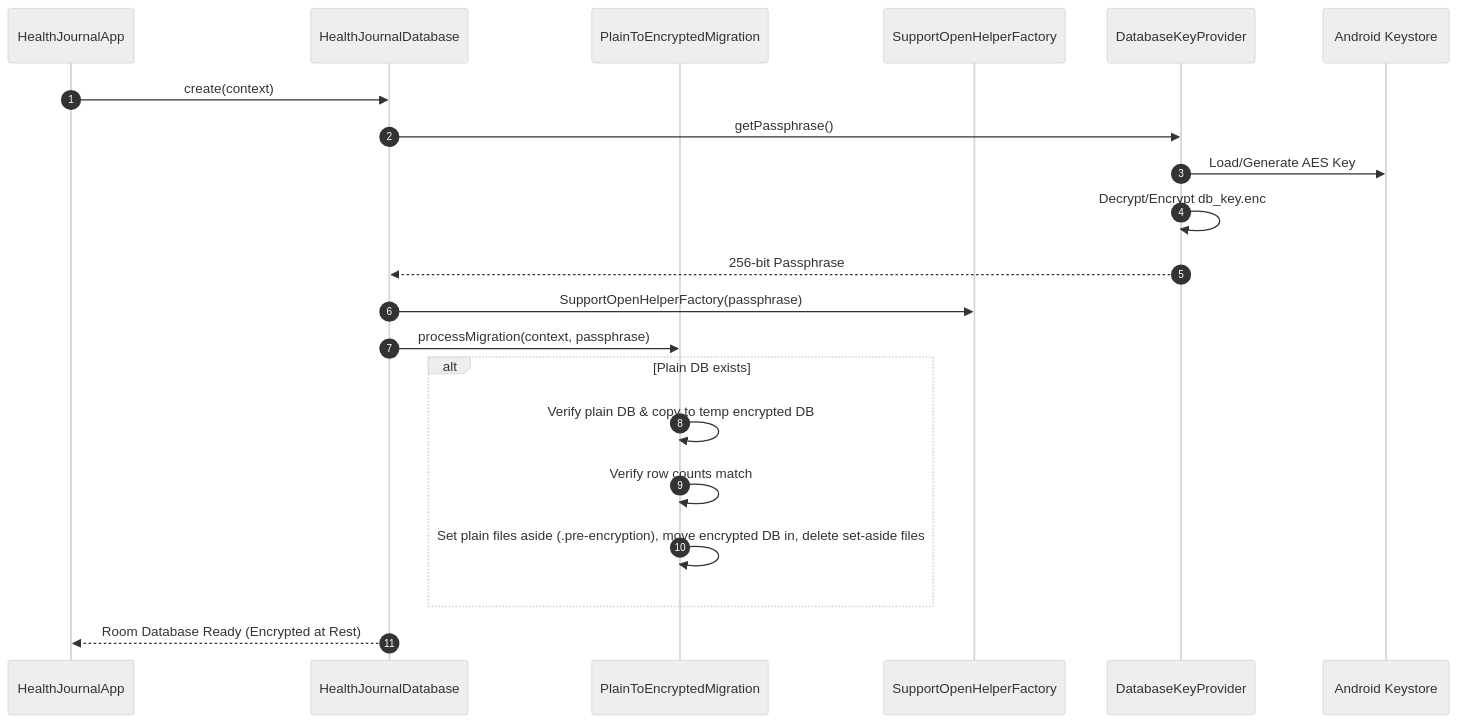
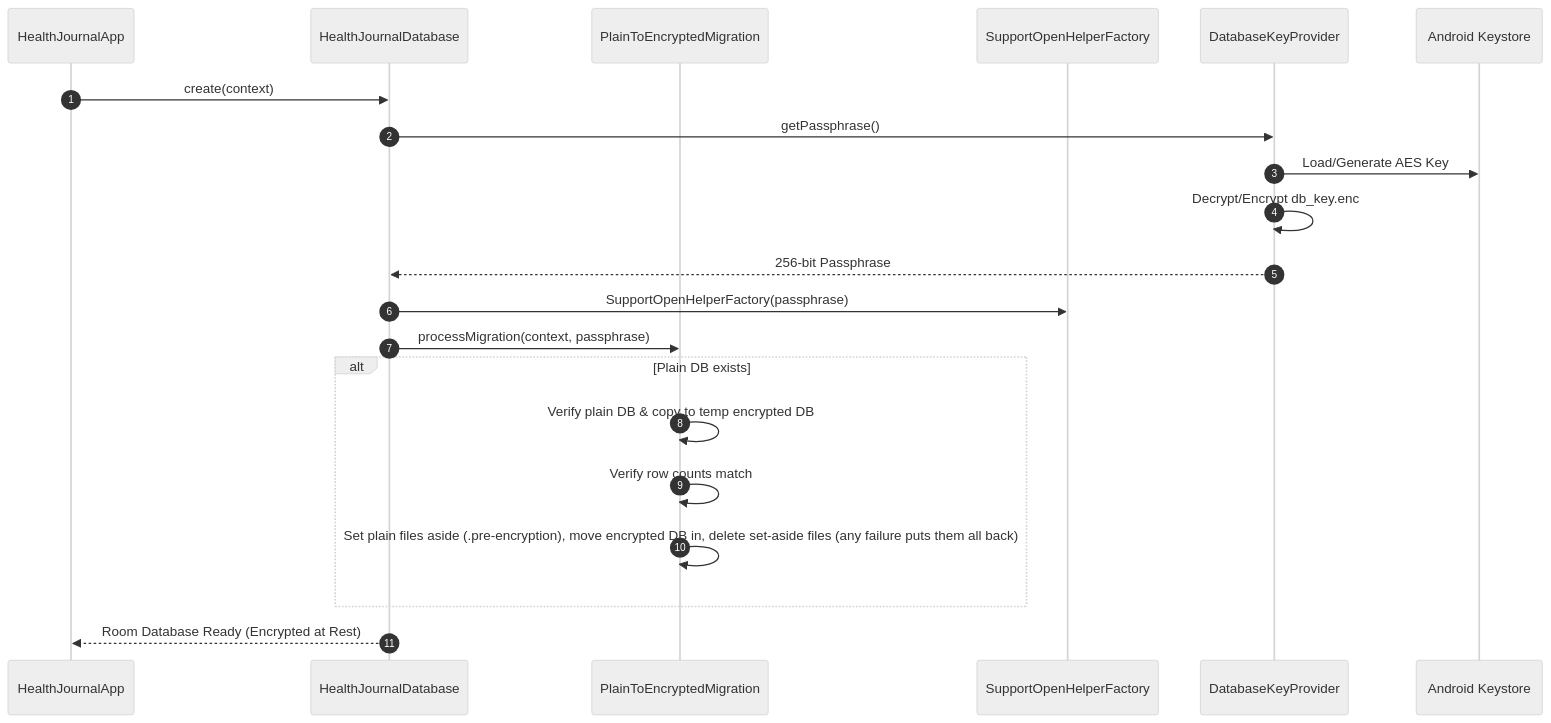
The second of 4 diagrams in docs/dev/privacy-and-security.md (mannetje/health_journal), drawn with Mermaid (neutral theme) before and after one commit. The commit also changed 8 other files, not shown here.

````diff
--- a/docs/dev/privacy-and-security.md
+++ b/docs/dev/privacy-and-security.md
@@ -109,24 +109,24 @@
 ```mermaid
 sequenceDiagram
     autonumber
     participant App as HealthJournalApp
     participant DB as HealthJournalDatabase
     participant Migrator as PlainToEncryptedMigration
     participant Helper as SupportOpenHelperFactory
     participant KeyProv as DatabaseKeyProvider
     participant Keystore as Android Keystore
 
     App->>DB: create(context)
     DB->>KeyProv: getPassphrase()
     KeyProv->>Keystore: Load/Generate AES Key
     KeyProv->>KeyProv: Decrypt/Encrypt db_key.enc
     KeyProv-->>DB: 256-bit Passphrase
     DB->>Helper: SupportOpenHelperFactory(passphrase)
     DB->>Migrator: processMigration(context, passphrase)
     alt Plain DB exists
         Migrator->>Migrator: Verify plain DB & copy to temp encrypted DB
         Migrator->>Migrator: Verify row counts match
-        Migrator->>Migrator: Set plain files aside (.pre-encryption), move encrypted DB in, delete set-aside files
+        Migrator->>Migrator: Set plain files aside (.pre-encryption), move encrypted DB in, delete set-aside files (any failure puts them all back)
     end
     DB-->>App: Room Database Ready (Encrypted at Rest)
 ```
````
